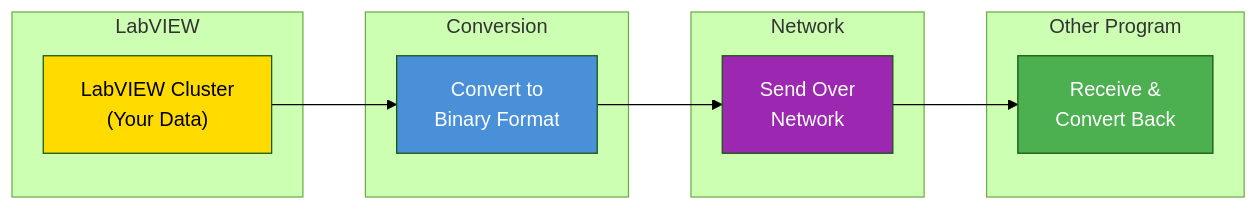
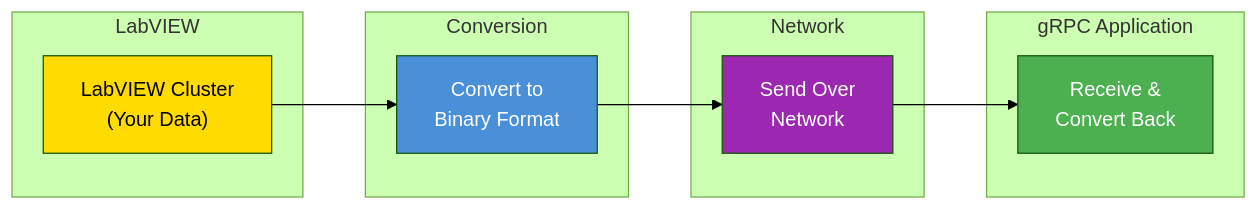
One commit to yash-ni/Docs changed the first of 7 diagrams in KnownIssuesAndUpgradePath.md. Above: the diagram before and after it, drawn with Mermaid (forest theme). The commit also changed other lines of this file, not shown here.

````diff
--- a/KnownIssuesAndUpgradePath.md
+++ b/KnownIssuesAndUpgradePath.md
@@ -75,25 +75,25 @@
 ```mermaid
 graph LR
     subgraph "LabVIEW"
         CLUSTER["LabVIEW Cluster<br/>(Your Data)"]
     end
     
     subgraph "Conversion"
         CONVERT["Convert to<br/>Binary Format"]
     end
     
     subgraph "Network"
         SEND["Send Over<br/>Network"]
     end
     
-    subgraph "Other Program"
+    subgraph "gRPC Application"
         RECEIVE["Receive &<br/>Convert Back"]
     end
     
     CLUSTER --> CONVERT --> SEND --> RECEIVE
     
     style CLUSTER fill:#ffdb00,color:#000
     style CONVERT fill:#4a90d9,color:#fff
     style SEND fill:#9c27b0,color:#fff
     style RECEIVE fill:#4caf50,color:#fff
 ```
````
